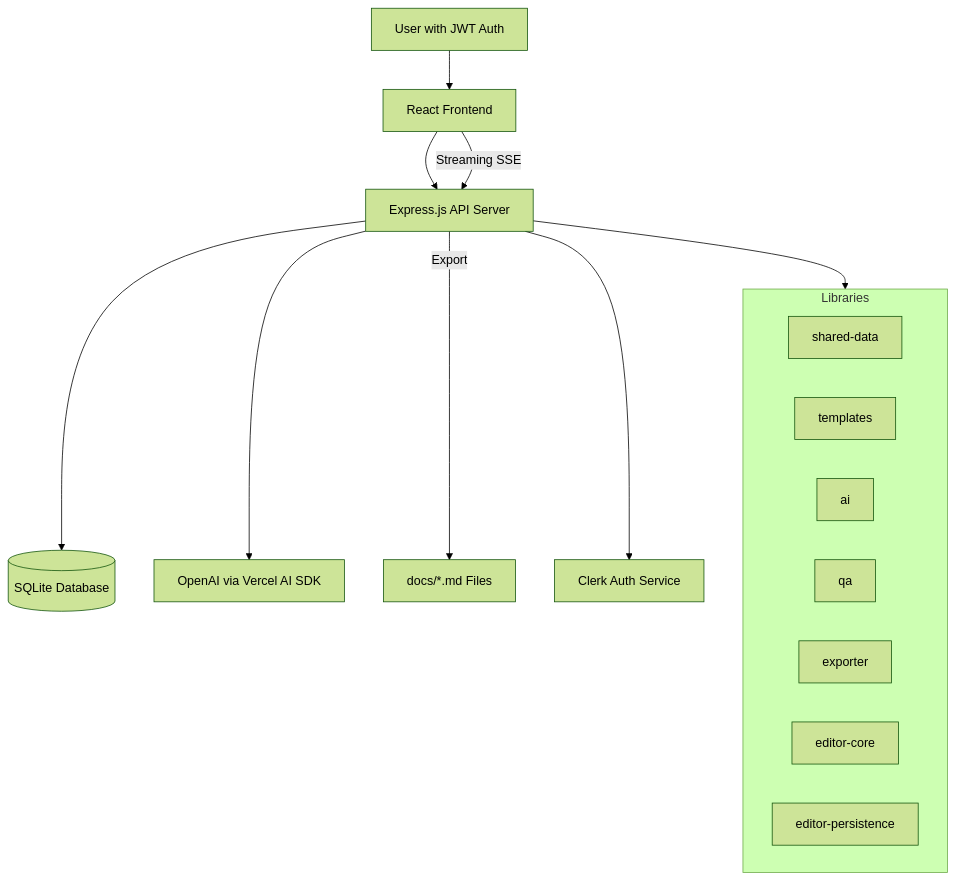
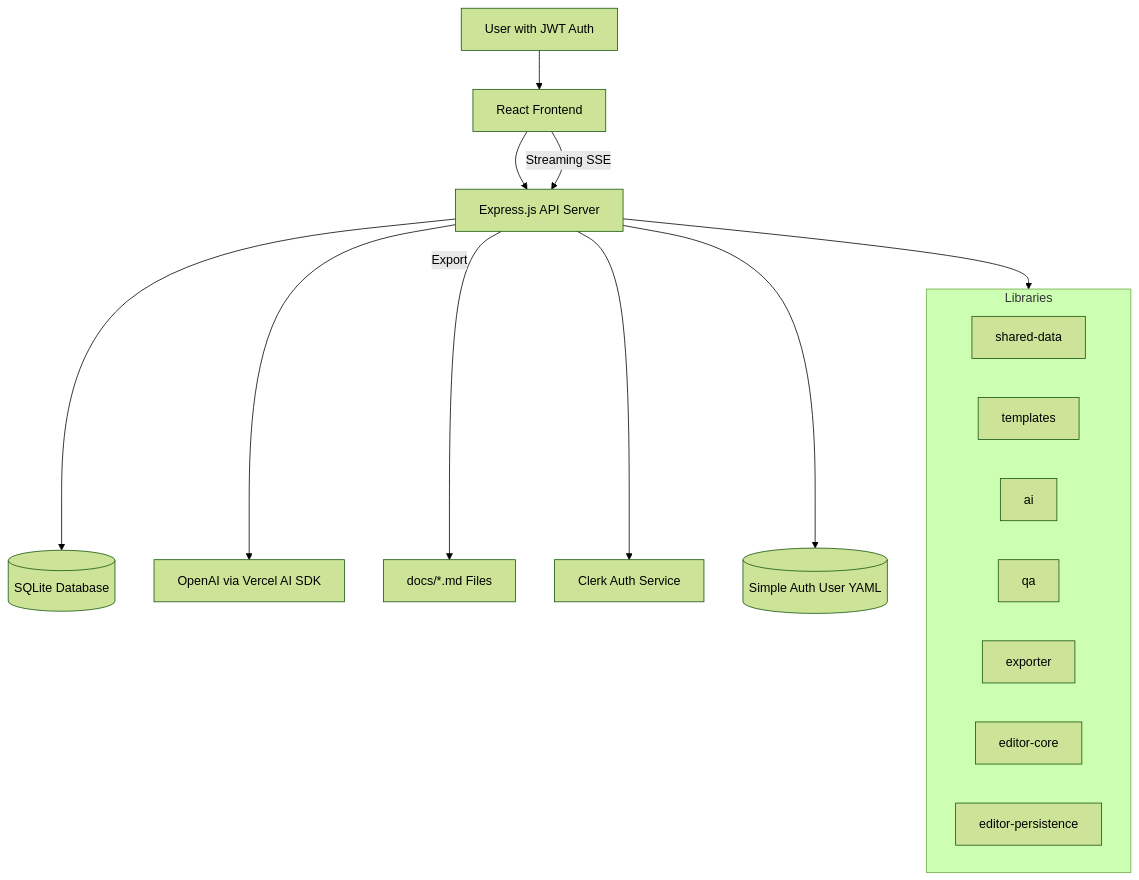
The first of 4 diagrams in docs/architecture.md (danwashusen/ctrl-freaq), drawn with Mermaid (forest theme) before and after one commit. The commit also changed other lines of this file and 114 other files, not shown here.

First line of the commit message:
feat(simple-auth): deliver YAML-driven local auth provider (#77)

````diff
--- a/docs/architecture.md
+++ b/docs/architecture.md
@@ -64,22 +65,23 @@
 ```mermaid
 graph TD
     user[User with JWT Auth] --> web[React Frontend]
     web --> api[Express.js API Server]
     api --> sqlite[(SQLite Database)]
     api --> ai[OpenAI via Vercel AI SDK]
     web -->|Streaming SSE| api
     api -->|Export| files[docs/*.md Files]
     api --> clerk[Clerk Auth Service]
+    api --> simple[(Simple Auth User YAML)]
 
     subgraph Libraries
         shared-data[shared-data]
         templates[templates]
         ai-lib[ai]
         qa[qa]
         exporter[exporter]
         editor[editor-core]
         persistence[editor-persistence]
     end
 
     api --> Libraries
 ```
````
